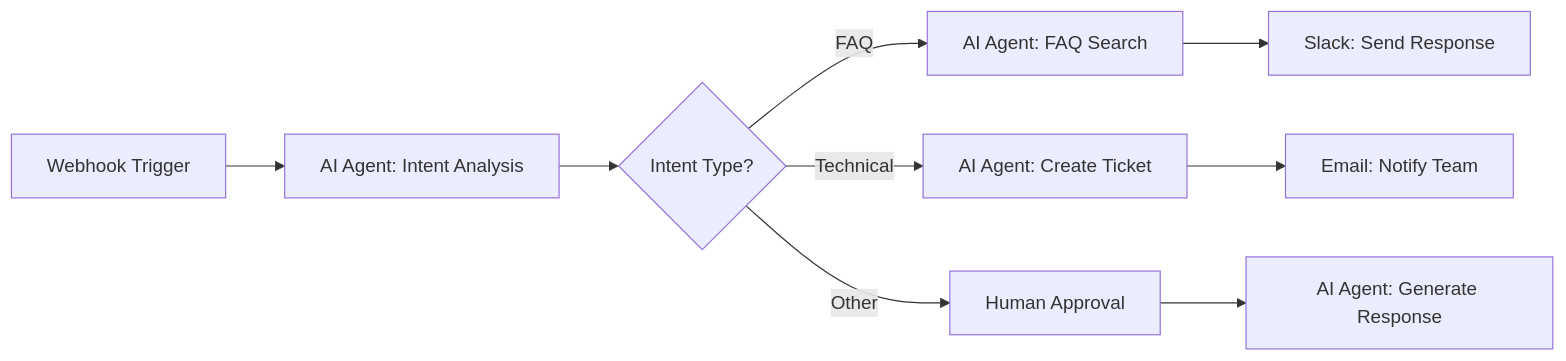
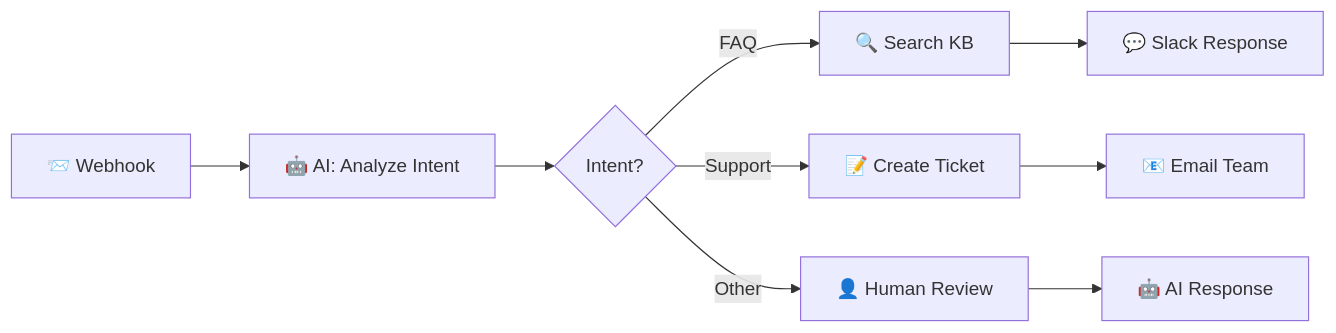
The diagram in README.md (showjihyun/agentrag-v1), drawn with Mermaid before and after one commit. The commit also changed other lines of this file and 275 other files, not shown here.

````diff
--- a/README.md
+++ b/README.md
@@ -39,11 +84,11 @@
 ```mermaid
 graph LR
-    A[Webhook Trigger] --> B[AI Agent: Intent Analysis]
-    B --> C{Intent Type?}
-    C -->|FAQ| D[AI Agent: FAQ Search]
-    C -->|Technical| E[AI Agent: Create Ticket]
-    C -->|Other| F[Human Approval]
-    D --> G[Slack: Send Response]
-    E --> H[Email: Notify Team]
-    F --> I[AI Agent: Generate Response]
+    A[📨 Webhook] --> B[🤖 AI: Analyze Intent]
+    B --> C{Intent?}
+    C -->|FAQ| D[🔍 Search KB]
+    C -->|Support| E[📝 Create Ticket]
+    C -->|Other| F[👤 Human Review]
+    D --> G[💬 Slack Response]
+    E --> H[📧 Email Team]
+    F --> I[🤖 AI Response]
 ```
````
